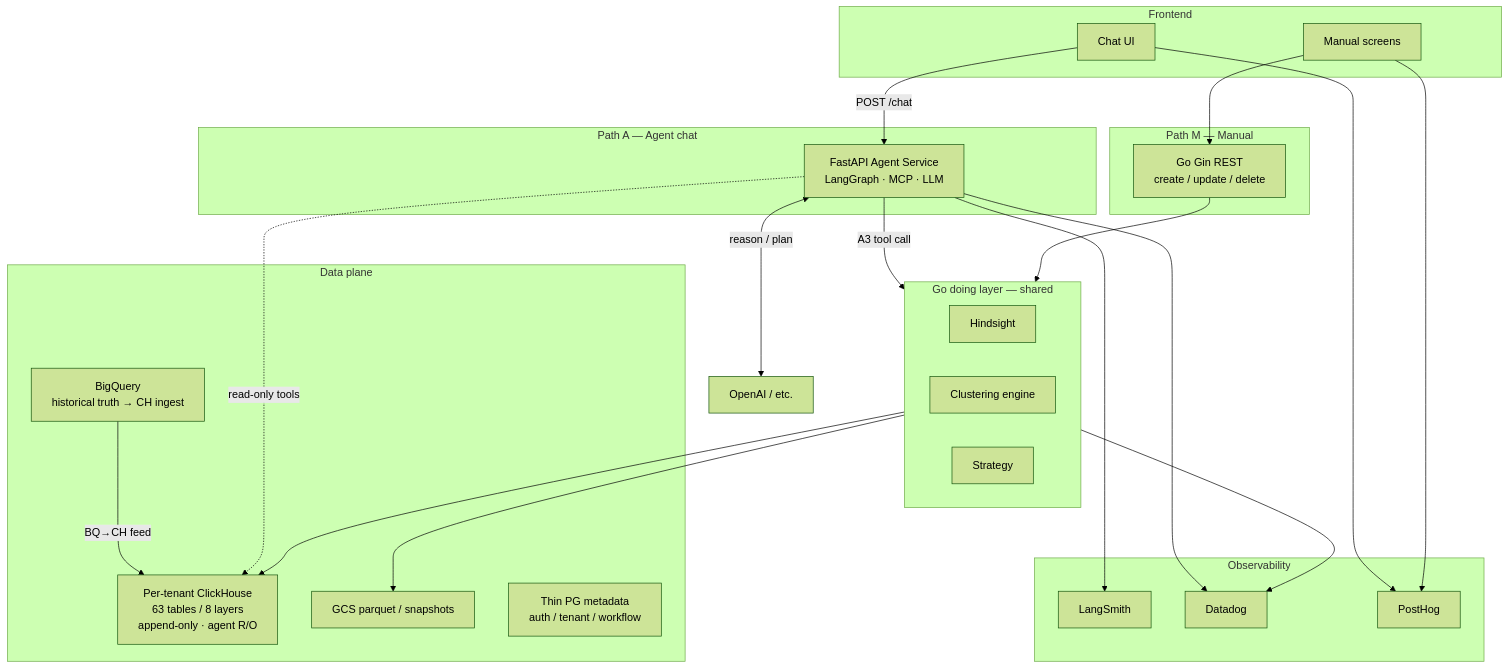
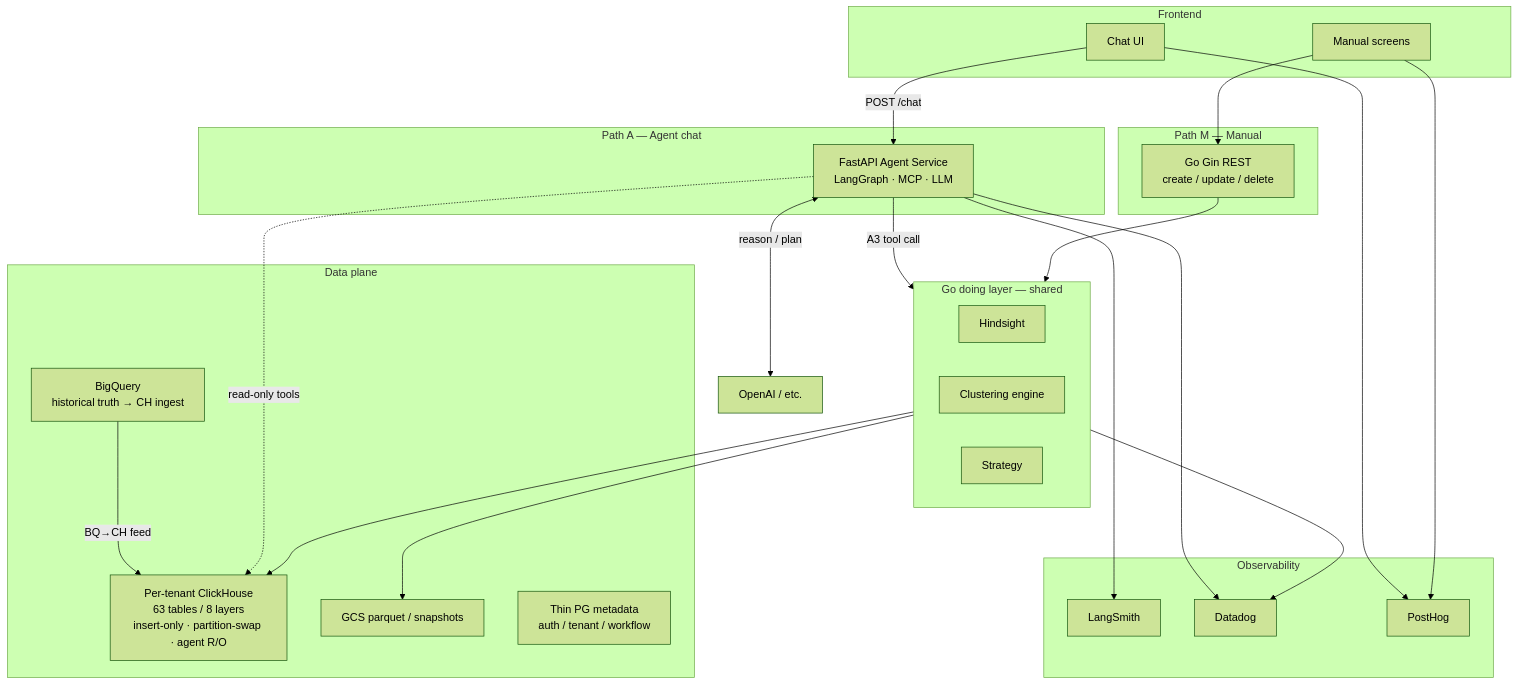
The diagram in campaign_pygo_xyz/interview_prep/projects/01_impact_analytics.md (TM-DEV-PRO/final-resume), drawn with Mermaid (forest theme) before and after one commit. The commit also changed other lines of this file and 30 other files, not shown here.

First line of the commit message:
Ground CH resume bullet on Confluence DDL Phase-1 (insert-only / partition-swapped).

````diff
--- a/campaign_pygo_xyz/interview_prep/projects/01_impact_analytics.md
+++ b/campaign_pygo_xyz/interview_prep/projects/01_impact_analytics.md
@@ -39,48 +39,48 @@
 ```mermaid
 flowchart TB
   subgraph FE["Frontend"]
     Chat["Chat UI"]
     Manual["Manual screens"]
   end
 
   subgraph PathA["Path A — Agent chat"]
     FA["FastAPI Agent Service<br/>LangGraph · MCP · LLM"]
   end
 
   subgraph PathM["Path M — Manual"]
     GoREST["Go Gin REST<br/>create / update / delete"]
   end
 
   subgraph Doing["Go doing layer — shared"]
     H["Hindsight"]
     C["Clustering engine"]
     S["Strategy"]
   end
 
   subgraph Data["Data plane"]
-    CH["Per-tenant ClickHouse<br/>63 tables / 8 layers<br/>append-only · agent R/O"]
+    CH["Per-tenant ClickHouse<br/>63 tables / 8 layers<br/>insert-only · partition-swap · agent R/O"]
     GCS["GCS parquet / snapshots"]
     BQ["BigQuery<br/>historical truth → CH ingest"]
     PG["Thin PG metadata<br/>auth / tenant / workflow"]
   end
 
   subgraph Obs["Observability"]
     LS["LangSmith"]
     DD["Datadog"]
     PH["PostHog"]
   end
 
   Chat -->|POST /chat| FA
   FA <-->|reason / plan| LLM["OpenAI / etc."]
   FA -->|A3 tool call| Doing
   Manual --> GoREST --> Doing
   Doing --> CH
   Doing --> GCS
   BQ -->|BQ→CH feed| CH
   FA -.->|read-only tools| CH
   FA --> LS
   FA --> DD
   Doing --> DD
   Chat --> PH
   Manual --> PH
 ```
````
